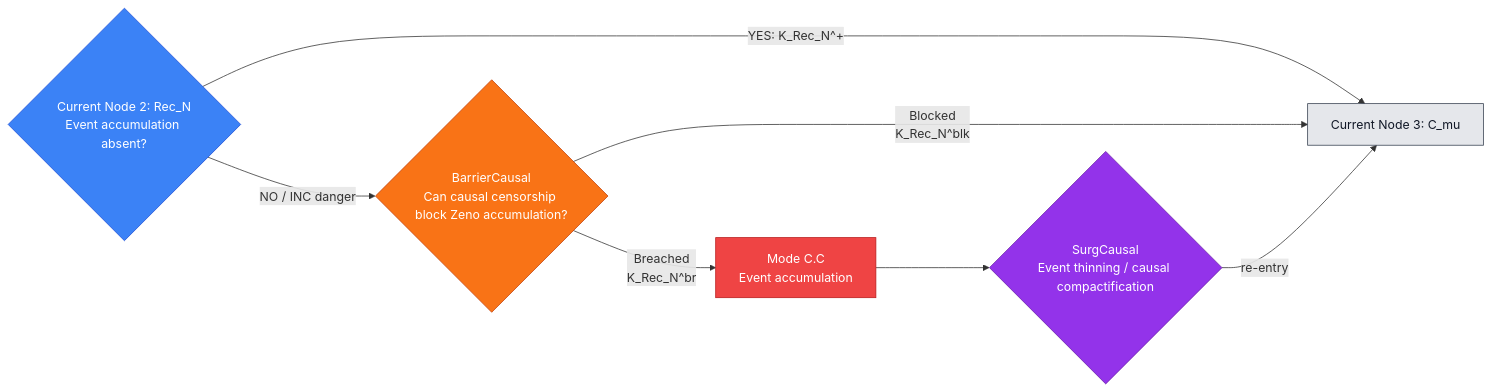
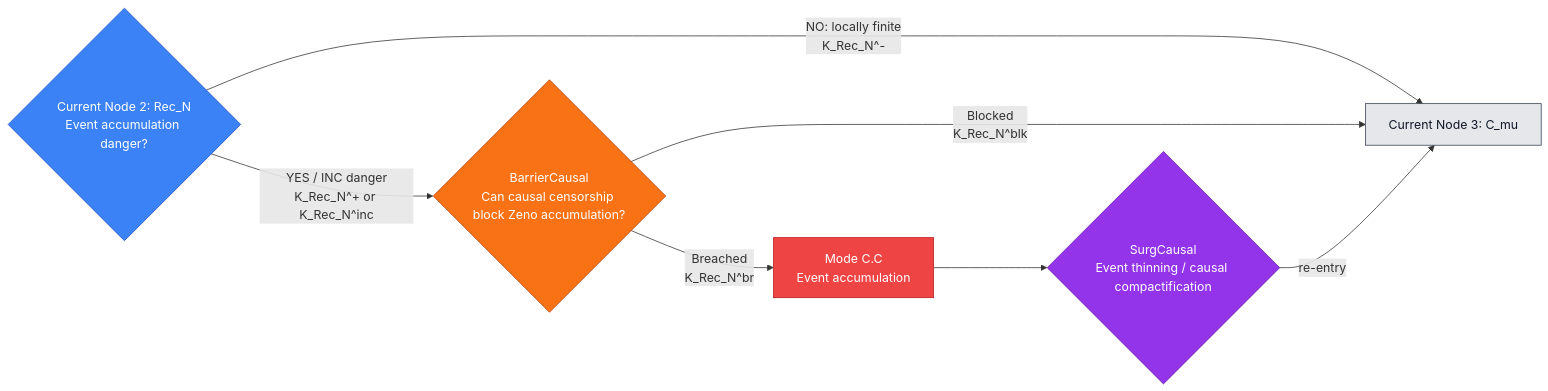
One commit to Guillemdb/hypostructure changed the fourth of 54 diagrams in docs/source/1_hypostructure_formalism/edits/new_sieve.md. Above: the diagram before and after it, drawn with Mermaid. The commit also changed other lines of this file, not shown here.

````diff
--- a/docs/source/1_hypostructure_formalism/edits/new_sieve.md
+++ b/docs/source/1_hypostructure_formalism/edits/new_sieve.md
@@ -881,22 +897,22 @@
 ```mermaid
 flowchart LR
-    C{"Current Node 2: Rec_N<br/>Event accumulation absent?"}
-    C -- "YES: K_Rec_N^+" --> N["Current Node 3: C_mu"]
-    C -- "NO / INC danger" --> B{"BarrierCausal<br/>Can causal censorship block Zeno accumulation?"}
+    C{"Current Node 2: Rec_N<br/>Event accumulation danger?"}
+    C -- "NO: locally finite<br/>K_Rec_N^-" --> N["Current Node 3: C_mu"]
+    C -- "YES / INC danger<br/>K_Rec_N^+ or K_Rec_N^inc" --> B{"BarrierCausal<br/>Can causal censorship block Zeno accumulation?"}
     B -- "Blocked<br/>K_Rec_N^blk" --> N
     B -- "Breached<br/>K_Rec_N^br" --> M["Mode C.C<br/>Event accumulation"]
     M --> S{"SurgCausal<br/>Event thinning / causal compactification"}
     S -- "re-entry" --> N
 
     classDef check fill:#3b82f6,stroke:#1d4ed8,color:#ffffff;
     classDef barrier fill:#f97316,stroke:#c2410c,color:#ffffff;
     classDef mode fill:#ef4444,stroke:#b91c1c,color:#ffffff;
     classDef surgery fill:#9333ea,stroke:#6b21a8,color:#ffffff;
     classDef next fill:#e5e7eb,stroke:#374151,color:#111827;
 
     class C check;
     class B barrier;
     class M mode;
     class S surgery;
     class N next;
 ```
````
